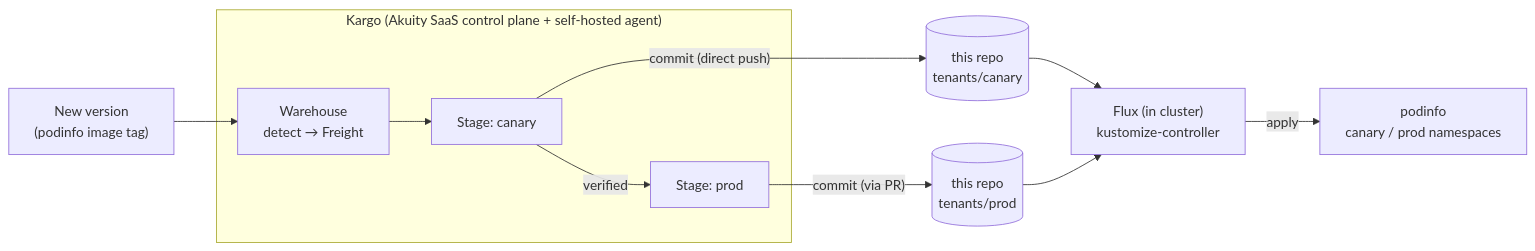
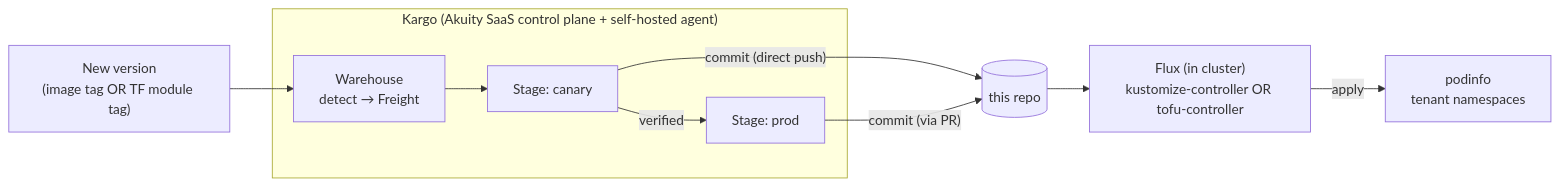
One commit to himeshpanc/gitops-tenants changed the diagram in README.md. Above: the diagram before and after it, drawn with Mermaid. The commit also changed other lines of this file, not shown here.

````diff
--- a/README.md
+++ b/README.md
@@ -18,19 +31,17 @@
 ```mermaid
 flowchart LR
-    SRC["New version<br/>(podinfo image tag)"] --> WH
+    SRC["New version<br/>(image tag OR TF module tag)"] --> WH
 
     subgraph KARGO["Kargo (Akuity SaaS control plane + self-hosted agent)"]
         WH["Warehouse<br/>detect → Freight"]
         CAN["Stage: canary"]
         PROD["Stage: prod"]
         WH --> CAN
         CAN -->|"verified"| PROD
     end
 
-    CAN -->|"commit (direct push)"| REPO[("this repo<br/>tenants/canary")]
-    PROD -->|"commit (via PR)"| REPO2[("this repo<br/>tenants/prod")]
-
-    REPO --> FLUX["Flux (in cluster)<br/>kustomize-controller"]
-    REPO2 --> FLUX
-    FLUX -->|"apply"| NS["podinfo<br/>canary / prod namespaces"]
+    CAN -->|"commit (direct push)"| REPO[("this repo")]
+    PROD -->|"commit (via PR)"| REPO
+    REPO --> FLUX["Flux (in cluster)<br/>kustomize-controller OR tofu-controller"]
+    FLUX -->|"apply"| NS["podinfo<br/>tenant namespaces"]
 ```
````
